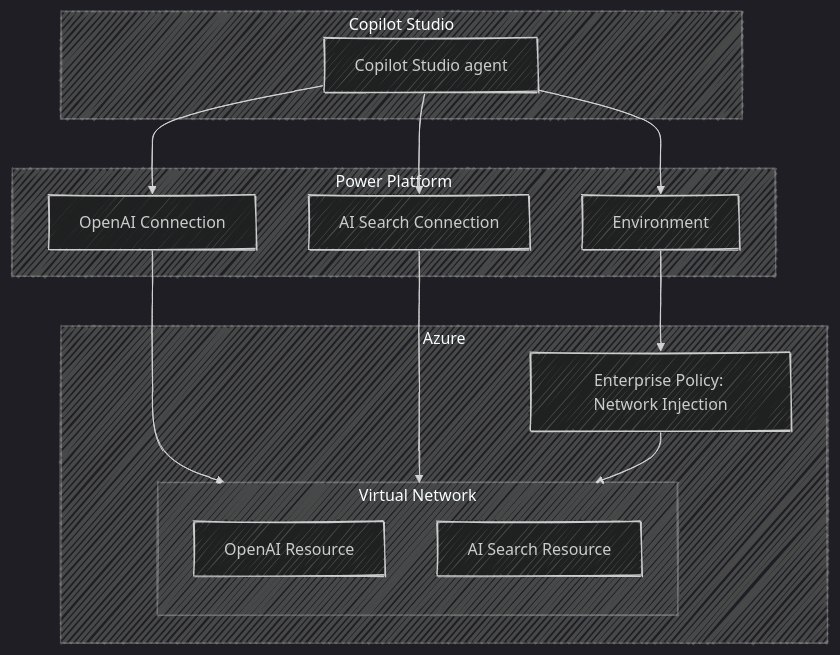
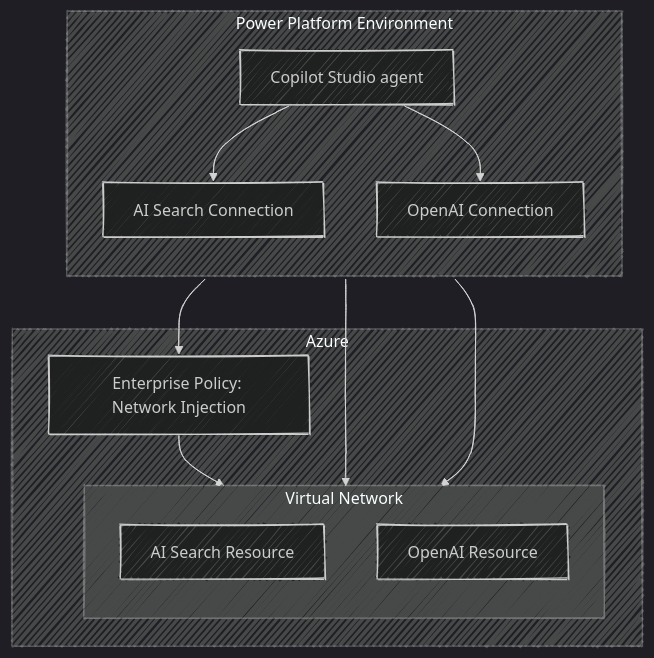
The diagram in README.md (Azure-Samples/Copilot-Studio-with-Azure-AI-Search), drawn with Mermaid before and after one commit. The commit also changed other lines of this file, not shown here.

Commit message:
Review updates

````diff
--- a/README.md
+++ b/README.md
@@ -22,36 +22,32 @@
 ```mermaid
 ---
 config:
   theme: dark
   look: handDrawn
   width: 1000
   height: 600
 ---
 graph
-  subgraph CopilotStudio["Copilot Studio"]
-      H[Copilot Studio agent]
-  end
-
-  subgraph PowerPlatform["Power Platform"]
-    B[Environment]
-    D[OpenAI Connection]
-    W[AI Search Connection]
+  subgraph PowerPlatform["Power Platform Environment"]
+    direction TB
+    A[AI Search Connection]
+    B[Copilot Studio agent]
+    C[OpenAI Connection]
   end
 
   subgraph Azure["Azure"]
-    L[Enterprise Policy: Network Injection]
+    D[Enterprise Policy: Network Injection]
     subgraph VirtualNetwork["Virtual Network"]
         direction TB
-        U[OpenAI Resource]
-        T[AI Search Resource]
+        E[AI Search Resource]
+        F[OpenAI Resource]
     end
   end
 
-  H --> B
-  H --> D
-  H --> W
-  D --> U
-  W --> T
-  B --> L
-  L --> VirtualNetwork
+  PowerPlatform --> D
+  B --> C
+  B --> A
+  C --> F
+  A --> E
+  D --> VirtualNetwork
 ```
````
